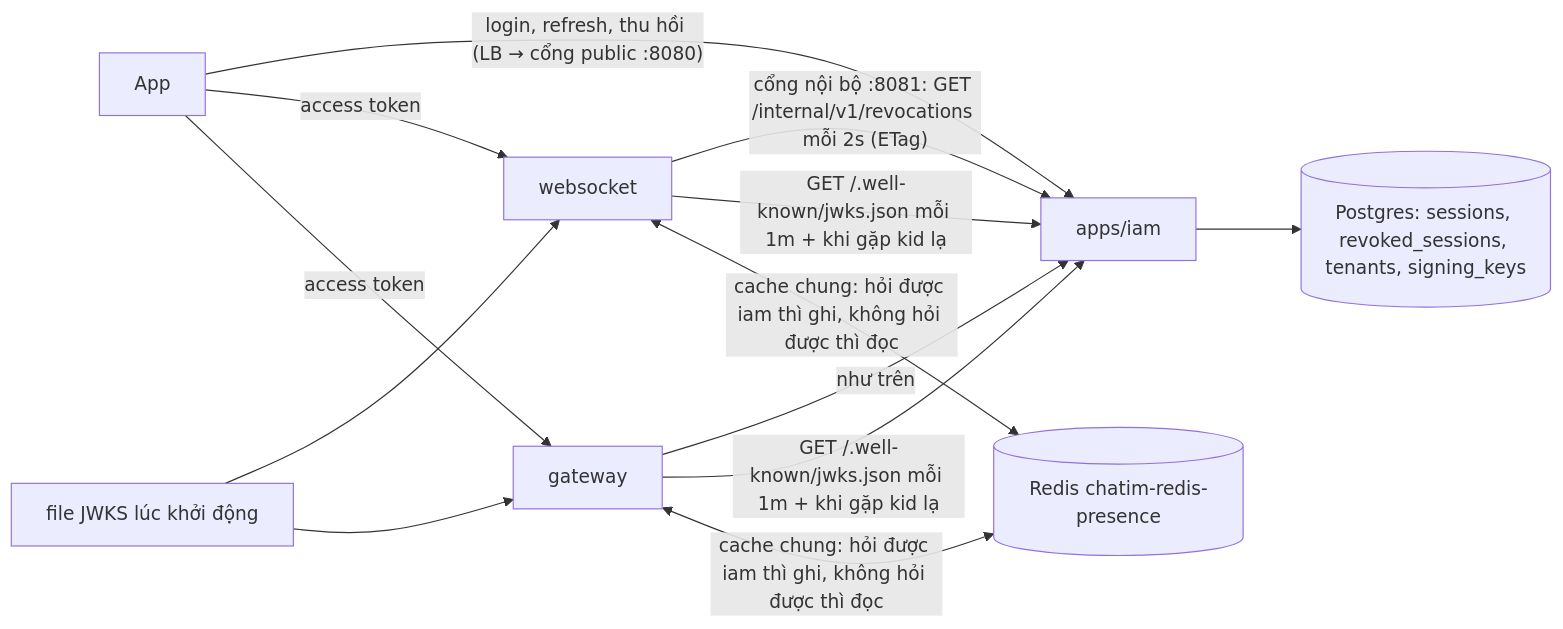
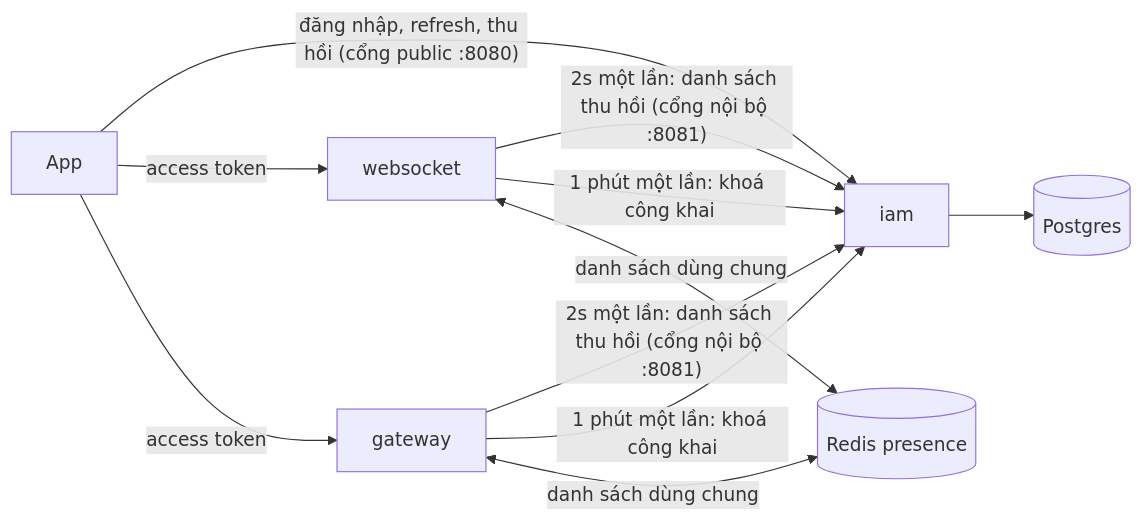
Before and after one commit to ivannguyendev/chatim: the first of 4 diagrams in docs/plans/2026-10-27-m6-2-thu-hoi-toi-node-summary.md, drawn with Mermaid. The commit also changed other lines of this file, not shown here.

````diff
--- a/docs/plans/2026-10-27-m6-2-thu-hoi-toi-node-summary.md
+++ b/docs/plans/2026-10-27-m6-2-thu-hoi-toi-node-summary.md
@@ -58,11 +50,9 @@
 ```mermaid
 flowchart LR
-  App[App] -->|"login, refresh, thu hồi (LB → cổng public :8080)"| IAM[apps/iam]
-  IAM --> PG[(Postgres: sessions, revoked_sessions, tenants, signing_keys)]
-  WS[websocket] -->|"cổng nội bộ :8081: GET /internal/v1/revocations mỗi 2s (ETag)"| IAM
-  GW[gateway] -->|như trên| IAM
-  WS & GW -->|"GET /.well-known/jwks.json mỗi 1m + khi gặp kid lạ"| IAM
-  File[file JWKS lúc khởi động] --> WS & GW
+  App -->|"đăng nhập, refresh, thu hồi (cổng public :8080)"| IAM[iam]
+  IAM --> PG[(Postgres)]
+  WS[websocket] & GW[gateway] -->|"2s một lần: danh sách thu hồi (cổng nội bộ :8081)"| IAM
+  WS & GW -->|"1 phút một lần: khoá công khai"| IAM
+  WS & GW <-->|"danh sách dùng chung"| RD[(Redis presence)]
   App -->|access token| WS & GW
-  WS & GW <-->|"cache chung: hỏi được iam thì ghi, không hỏi được thì đọc"| RD[("Redis chatim-redis-presence")]
 ```
````
